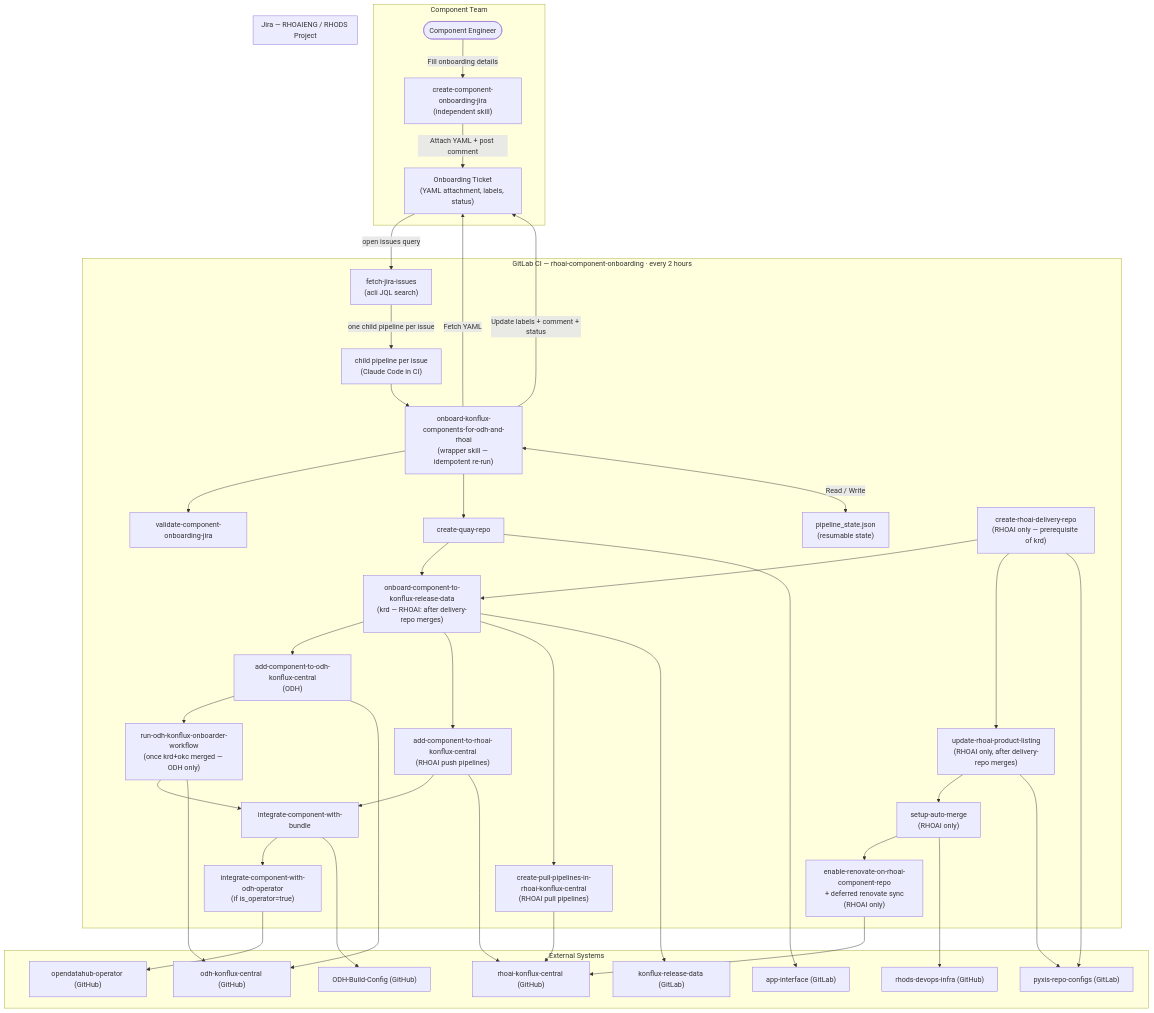
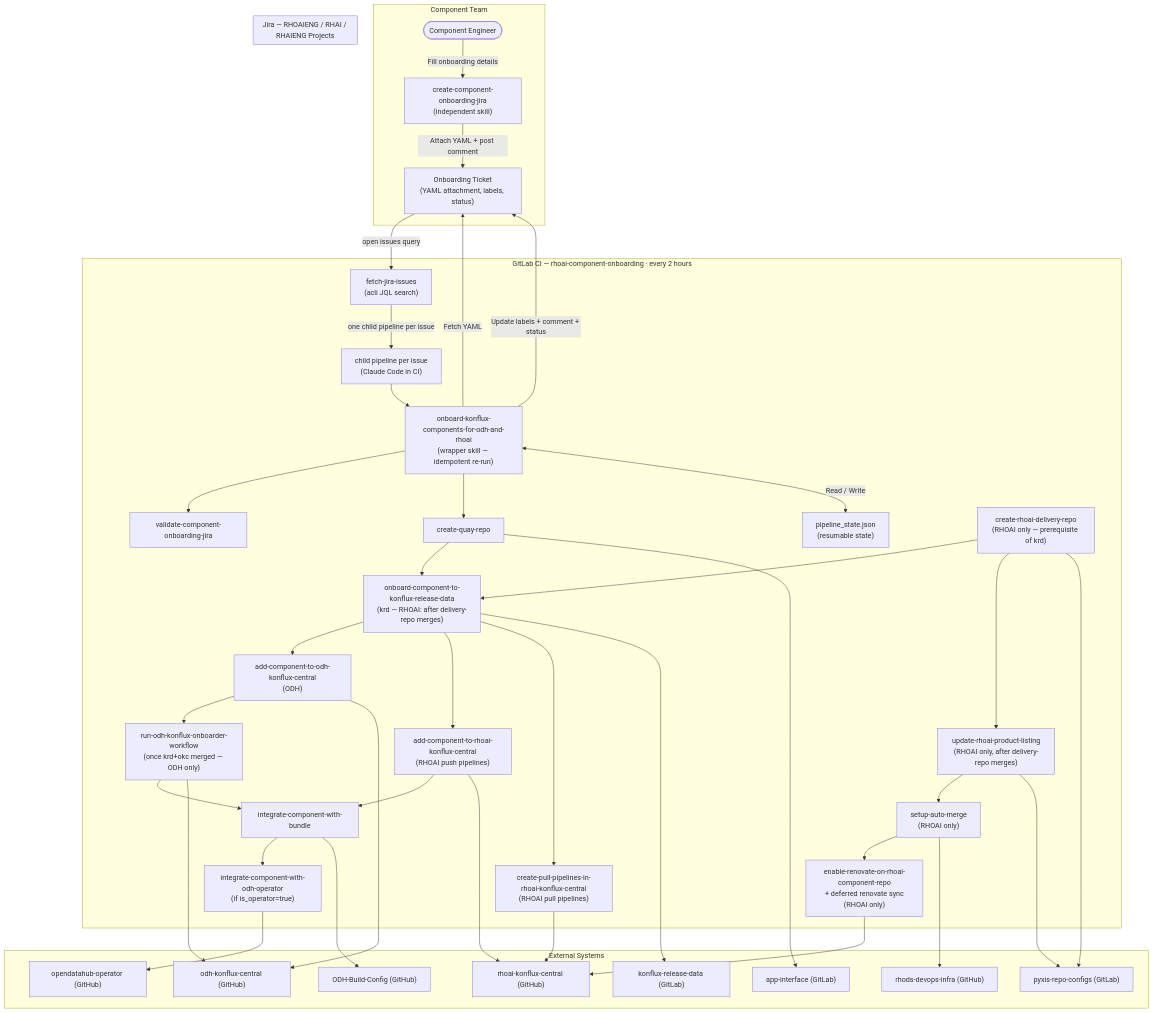
The diagram in docs/rfds/odh-component-onboarding/component-onboarding-skill.md (opendatahub-io/aiops-infra), drawn with Mermaid before and after one commit. The commit also changed other lines of this file and 4 other files, not shown here.

Commit message:
[RHAI-10058] Use RHAI onboarding template Jira keys

````diff
--- a/docs/rfds/odh-component-onboarding/component-onboarding-skill.md
+++ b/docs/rfds/odh-component-onboarding/component-onboarding-skill.md
@@ -15,78 +15,78 @@
 ```mermaid
 flowchart TD
     subgraph componentTeam [Component Team]
         CT([Component Engineer])
         createJira["create-component-onboarding-jira\n(independent skill)"]
         CT -->|"Fill onboarding details"| createJira
         createJira -->|"Attach YAML + post comment"| JiraTicket
     end
 
     subgraph ciPipeline [GitLab CI — rhoai-component-onboarding · every 2 hours]
         Fetch["fetch-jira-issues\n(acli JQL search)"]
         ChildPipeline["child pipeline per issue\n(Claude Code in CI)"]
         Wrapper["onboard-konflux-components-for-odh-and-rhoai\n(wrapper skill — idempotent re-run)"]
         State["pipeline_state.json\n(resumable state)"]
 
         S1["validate-component-onboarding-jira"]
         S2["create-quay-repo"]
         S3RHOAI["create-rhoai-delivery-repo\n(RHOAI only — prerequisite of krd)"]
         S4["onboard-component-to-konflux-release-data\n(krd — RHOAI: after delivery-repo merges)"]
         S5ODH["add-component-to-odh-konflux-central\n(ODH)"]
         S5RHOAI["add-component-to-rhoai-konflux-central\n(RHOAI push pipelines)"]
         S5b["create-pull-pipelines-in-rhoai-konflux-central\n(RHOAI pull pipelines)"]
         S6["run-odh-konflux-onboarder-workflow\n(once krd+okc merged — ODH only)"]
         S7["integrate-component-with-odh-operator\n(if is_operator=true)"]
         S8["integrate-component-with-bundle"]
         S9["update-rhoai-product-listing\n(RHOAI only, after delivery-repo merges)"]
         S10["setup-auto-merge\n(RHOAI only)"]
         S11["enable-renovate-on-rhoai-component-repo\n+ deferred renovate sync\n(RHOAI only)"]
 
         Fetch -->|"one child pipeline per issue"| ChildPipeline
         ChildPipeline --> Wrapper
         Wrapper --> S1
         Wrapper --> S2
         S2 --> S4
         S3RHOAI --> S4
         S4 --> S5ODH
         S4 --> S5RHOAI
         S4 --> S5b
         S5ODH --> S6
         S6 --> S8
         S5RHOAI --> S8
         S8 --> S7
         S3RHOAI --> S9
         S9 --> S10 --> S11
         Wrapper <-->|"Read / Write"| State
     end
 
-    subgraph jiraLayer [Jira — RHOAIENG / RHODS Project]
+    subgraph jiraLayer [Jira — RHOAIENG / RHAI / RHAIENG Projects]
         JiraTicket["Onboarding Ticket\n(YAML attachment, labels, status)"]
     end
 
     subgraph externalSystems [External Systems]
         AppInterface["app-interface (GitLab)"]
         KonfluxRD["konflux-release-data (GitLab)"]
         ODHKonflux["odh-konflux-central (GitHub)"]
         RHOAIKonflux["rhoai-konflux-central (GitHub)"]
         ODHOperator["opendatahub-operator (GitHub)"]
         ODHBC["ODH-Build-Config (GitHub)"]
         PyxisRepo["pyxis-repo-configs (GitLab)"]
         RHODSInfra["rhods-devops-infra (GitHub)"]
     end
 
     JiraTicket -->|"open issues query"| Fetch
     Wrapper -->|"Fetch YAML"| JiraTicket
     Wrapper -->|"Update labels + comment + status"| JiraTicket
     S2 --> AppInterface
     S3RHOAI --> PyxisRepo
     S4 --> KonfluxRD
     S5ODH --> ODHKonflux
     S5RHOAI --> RHOAIKonflux
     S5b --> RHOAIKonflux
     S6 --> ODHKonflux
     S7 --> ODHOperator
     S8 --> ODHBC
     S9 --> PyxisRepo
     S10 --> RHODSInfra
     S11 --> RHOAIKonflux
 ```
````
